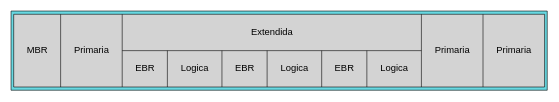
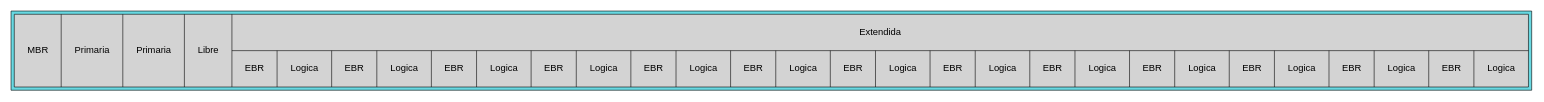
The diagram in reportes/reporte_disco.dot (luis-tavico/MIA_2SP1_202000562), drawn with Graphviz before and after one commit. The commit also changed 50 other files, not shown here.

```diff
--- a/reportes/reporte_disco.dot
+++ b/reportes/reporte_disco.dot
@@ -1,6 +1,6 @@
 digraph G {
     subgraph cluster { margin="5.0" penwidth="1.0" bgcolor="#68d9e2"
         node [style="rounded" style=filled fontname="Arial" fontsize="16" margin=0.3];
-        node_disk [shape="record" label="MBR|Primaria|{Extendida|{EBR|Logica|EBR|Logica|EBR|Logica}}|Primaria|Primaria"];
+        node_disk [shape="record" label="MBR|Primaria|Primaria|Libre|{Extendida|{EBR|Logica|EBR|Logica|EBR|Logica|EBR|Logica|EBR|Logica|EBR|Logica|EBR|Logica|EBR|Logica|EBR|Logica|EBR|Logica|EBR|Logica|EBR|Logica|EBR|Logica}}"];
     }
 }
```
